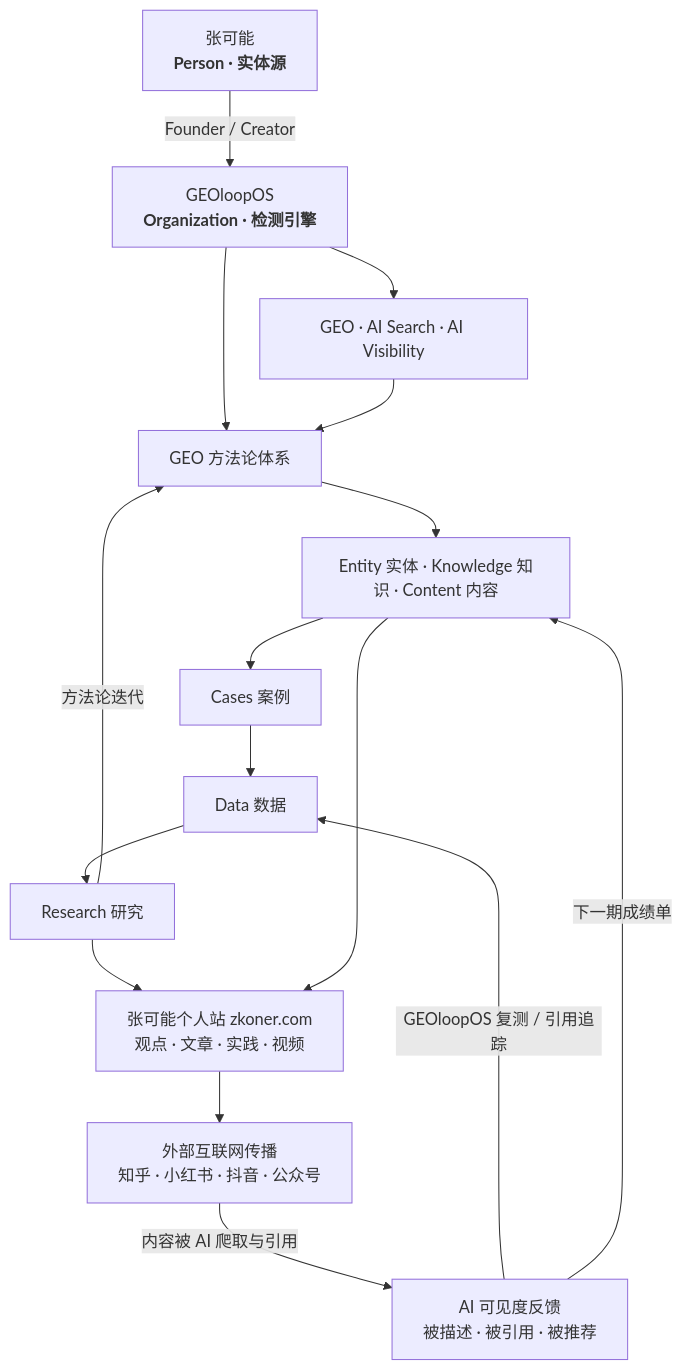
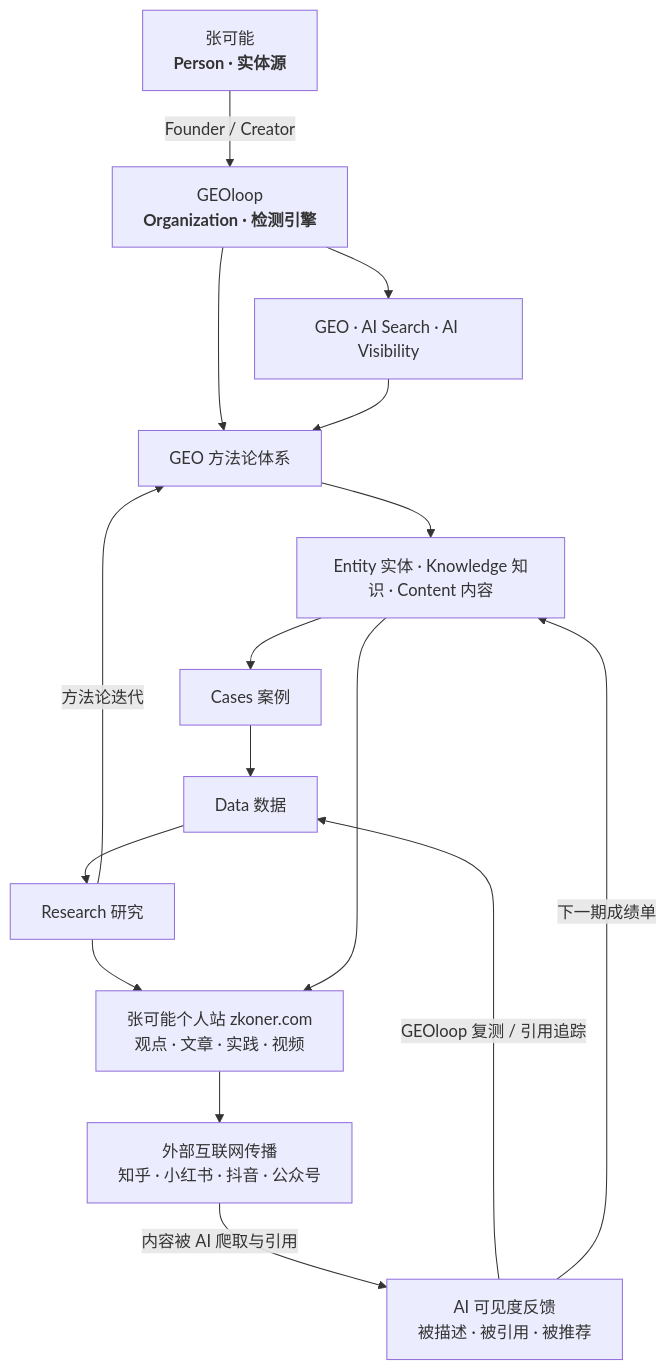
Before and after one commit to zhangxiaomingv/zkoner.com: the diagram in docs/geo-ecosystem.md, drawn with Mermaid. The commit also changed other lines of this file and 13 other files, not shown here.

````diff
--- a/docs/geo-ecosystem.md
+++ b/docs/geo-ecosystem.md
@@ -11,18 +11,18 @@
 ```mermaid
 flowchart TD
-    Z["张可能<br/><b>Person · 实体源</b>"] -->|"Founder / Creator"| O["GEOloopOS<br/><b>Organization · 检测引擎</b>"]
+    Z["张可能<br/><b>Person · 实体源</b>"] -->|"Founder / Creator"| O["GEOloop<br/><b>Organization · 检测引擎</b>"]
     O --> G["GEO · AI Search · AI Visibility"]
     O --> M["GEO 方法论体系"]
     G --> M
     M --> ECK["Entity 实体 · Knowledge 知识 · Content 内容"]
     ECK --> C["Cases 案例"]
     C --> D["Data 数据"]
     D --> R["Research 研究"]
     R -->|"方法论迭代"| M
     R --> P["张可能个人站 zkoner.com<br/>观点 · 文章 · 实践 · 视频"]
     ECK --> P
     P --> X["外部互联网传播<br/>知乎 · 小红书 · 抖音 · 公众号"]
     X -->|"内容被 AI 爬取与引用"| V["AI 可见度反馈<br/>被描述 · 被引用 · 被推荐"]
-    V -->|"GEOloopOS 复测 / 引用追踪"| D
+    V -->|"GEOloop 复测 / 引用追踪"| D
     V -->|"下一期成绩单"| ECK
 ```
````
